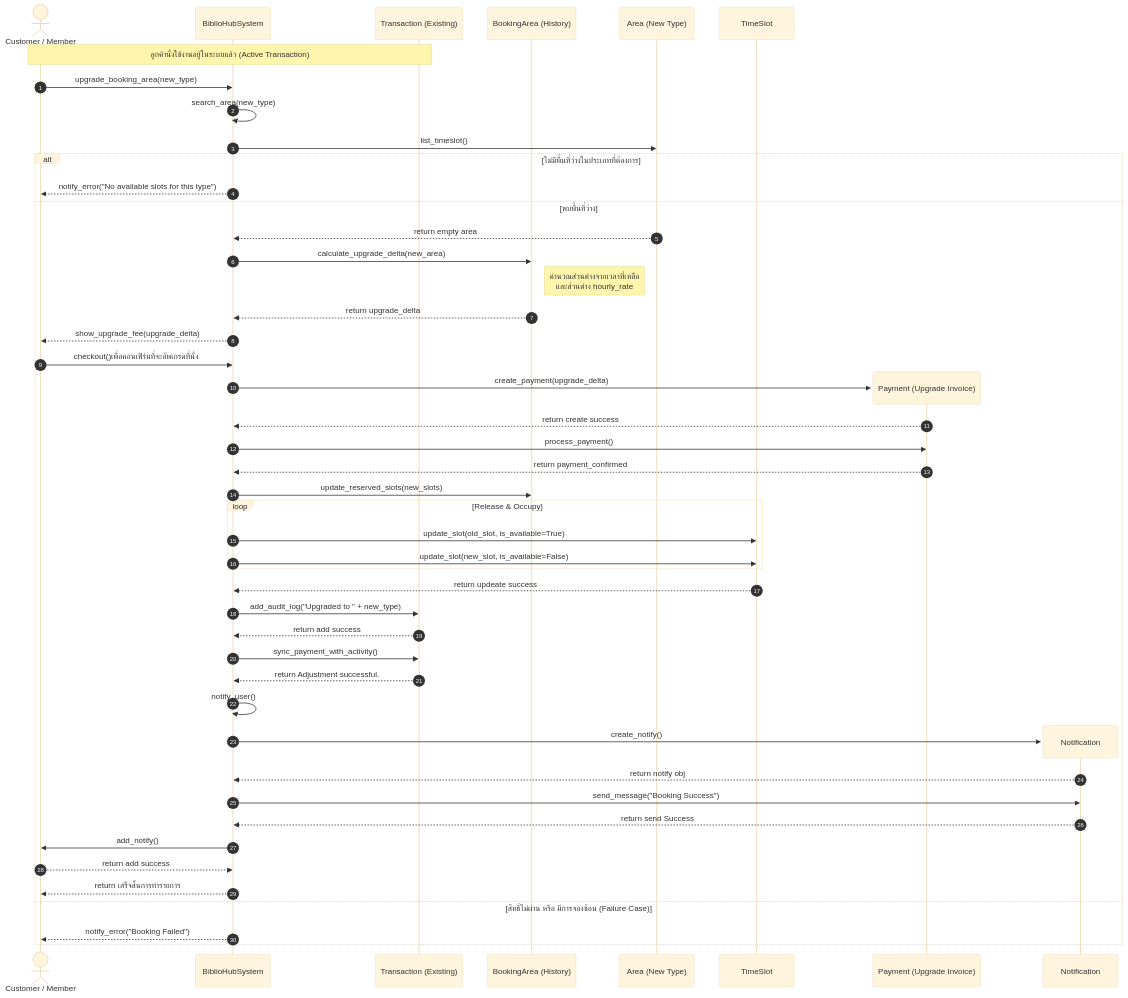
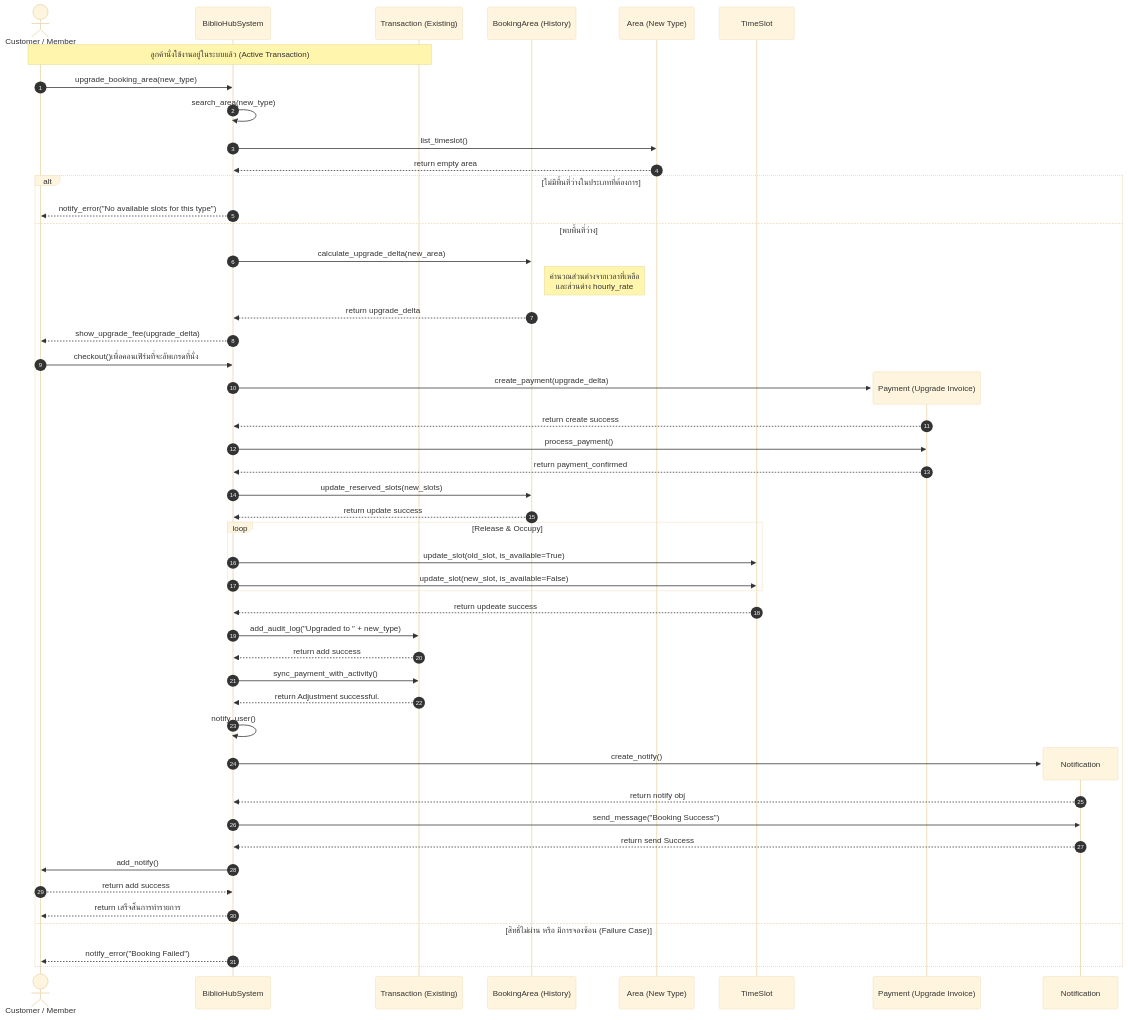
The diagram in mermaid/seq_upgrade_area.mmd (NadtaphumBadkhunthod/OOP), drawn with Mermaid (base theme) before and after one commit. The commit also changed 2 other files, not shown here.

```diff
--- a/mermaid/seq_upgrade_area.mmd
+++ b/mermaid/seq_upgrade_area.mmd
@@ -1,55 +1,56 @@
 sequenceDiagram
     autonumber
     actor Customer as Customer / Member
     participant System as BiblioHubSystem
     participant Trans as Transaction (Existing)
     participant BArea as BookingArea (History)
     participant NewArea as Area (New Type)
     participant Slot as TimeSlot
     Note over Customer, Trans: ลูกค้านั่งใช้งานอยู่ในระบบแล้ว (Active Transaction)
 
     Customer->>System: upgrade_booking_area(new_type)
     System->>System: search_area(new_type)
     System->>NewArea: list_timeslot()
+    NewArea-->>System: return empty area
     
     alt ไม่มีพื้นที่ว่างในประเภทที่ต้องการ
         System-->>Customer: notify_error("No available slots for this type")
     else พบพื้นที่ว่าง
-		NewArea-->>System: return empty area
         System->>BArea: calculate_upgrade_delta(new_area)
         Note right of BArea: คำนวณส่วนต่างจากเวลาที่เหลือ <br/> และส่วนต่าง hourly_rate
         BArea-->>System: return upgrade_delta
         
         System-->>Customer: show_upgrade_fee(upgrade_delta)
         
         Customer->>System: checkout()เพื่อคอนเฟิร์มที่จะอัพเกรดที่นั่ง
         create participant Pay as Payment (Upgrade Invoice)
         System->>Pay: create_payment(upgrade_delta)
 		Pay-->>System: return create success
         System->>Pay: process_payment()
         Pay-->>System: return payment_confirmed
 
         System->>BArea: update_reserved_slots(new_slots)
+        BArea-->>System: return update success
         
         loop Release & Occupy
             System->>Slot: update_slot(old_slot, is_available=True)
             System->>Slot: update_slot(new_slot, is_available=False)
         end
 		Slot-->>System :return updeate success
         System->>Trans: add_audit_log("Upgraded to " + new_type)
 		Trans-->>System: return add success
         System->>Trans: sync_payment_with_activity()
 		Trans-->>System: return Adjustment successful.
         
         System->>System:notify_user()
         create participant Notify as Notification
         System->>Notify: create_notify()
         Notify-->>System: return notify obj
         System->>Notify: send_message("Booking Success")
         Notify-->>System: return send Success
         System->>Customer:add_notify()
         Customer-->>System: return add success
         System-->>Customer: return เสร็จสิ้นการทำรายการ
     else สิทธิ์ไม่ผ่าน หรือ มีการจองซ้อน (Failure Case)
         System-->>Customer: notify_error("Booking Failed")
     end
```
